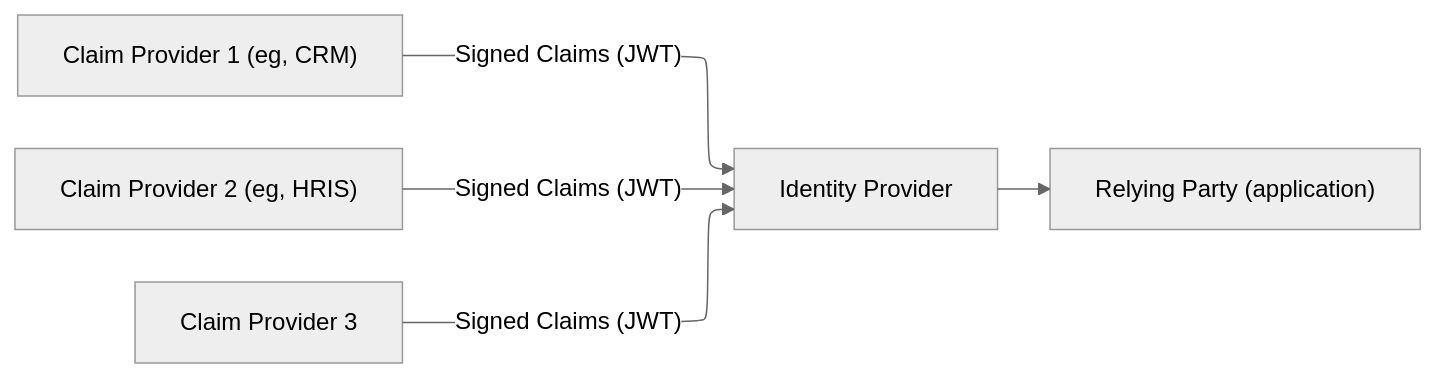
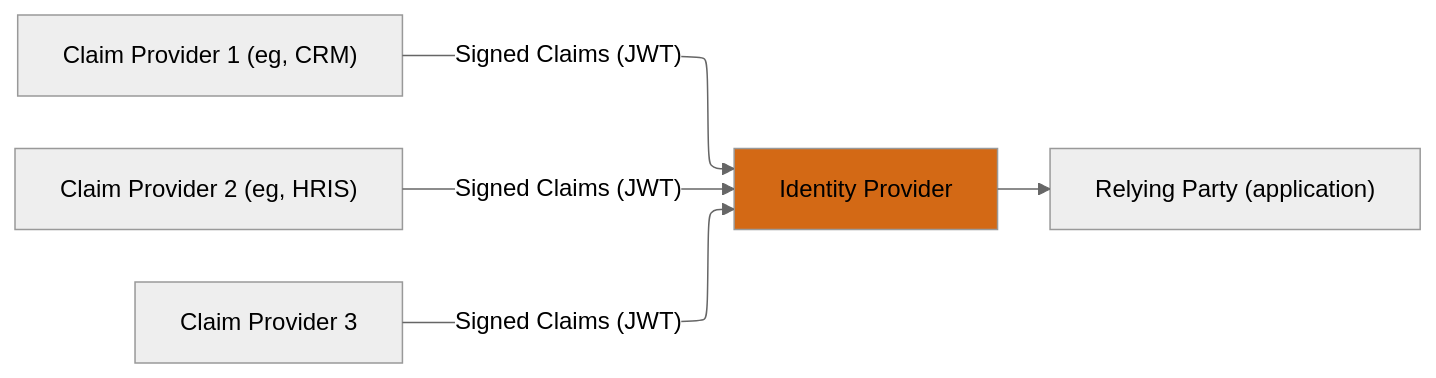
The second of 2 diagrams in docs/learn/oidc/12-aggregated-and-distributed-claims.md (mffap/aboutauth), drawn with Mermaid (neutral theme) before and after one commit. The commit also changed other lines of this file, not shown here.

````diff
--- a/docs/learn/oidc/12-aggregated-and-distributed-claims.md
+++ b/docs/learn/oidc/12-aggregated-and-distributed-claims.md
@@ -36,6 +69,7 @@
 ```mermaid
 flowchart-elk LR
-    CP1["Claim Provider 1 (eg, CRM)"] -- Signed Claims (JWT) --> IdP[Identity Provider] --> RP["Relying Party (application)"]
+    CP1["Claim Provider 1 (eg, CRM)"] -- Signed Claims (JWT) --> IdP[Identity Provider]:::solidBox --> RP["Relying Party (application)"]
     CP2["Claim Provider 2 (eg, HRIS)"] -- Signed Claims (JWT) --> IdP
     CP3[Claim Provider 3] -- Signed Claims (JWT) --> IdP
+    classDef solidBox fill:#D36915;
 ```
````
